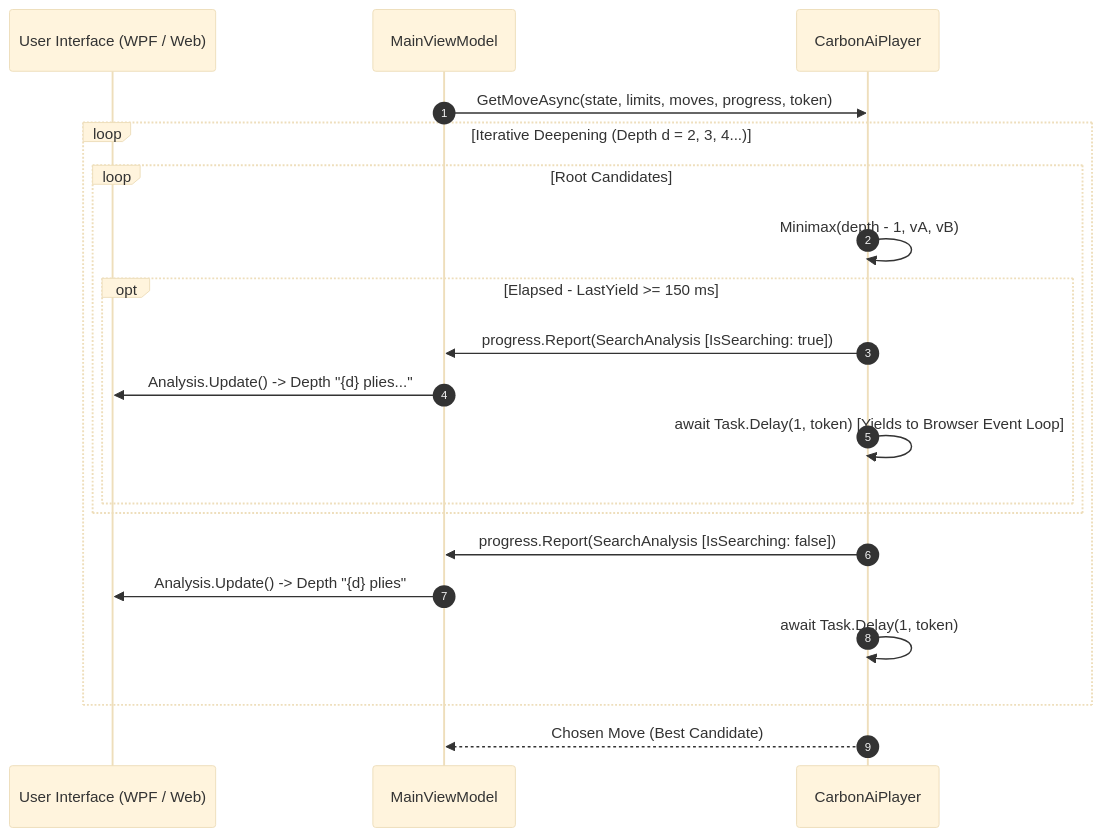
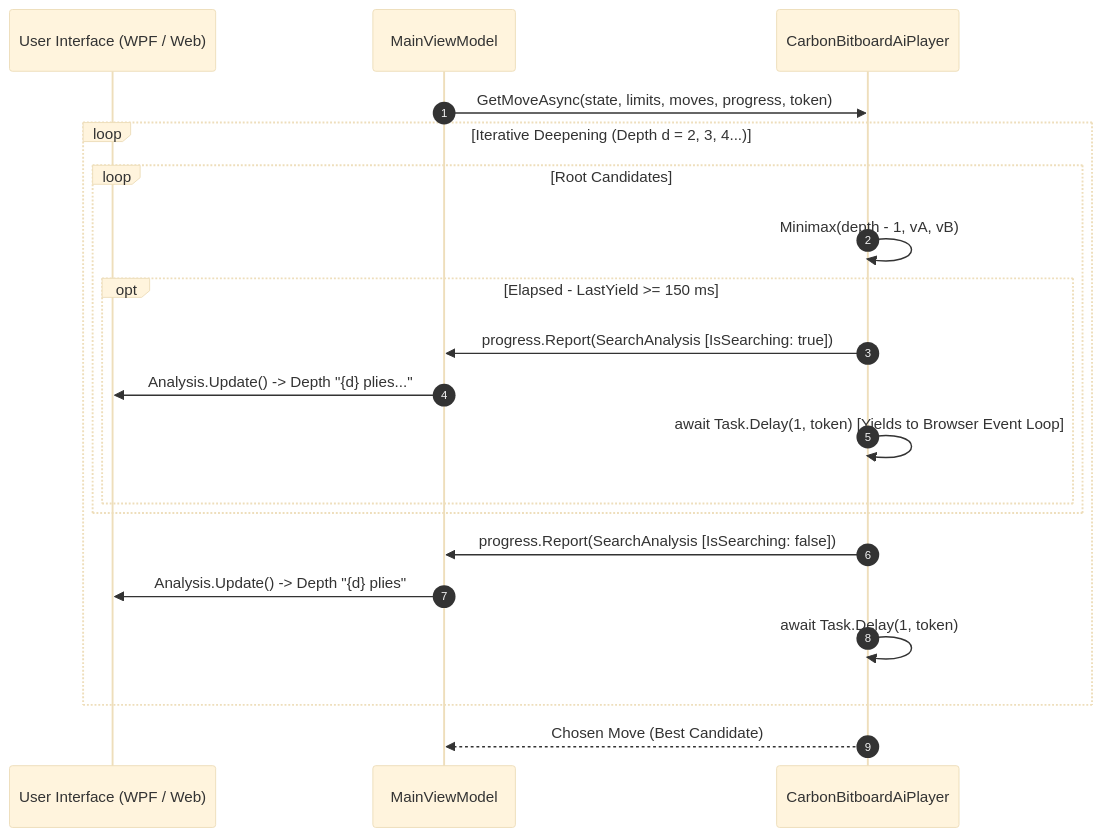
Before and after one commit to cjp-dev/Gomoku: the third of 3 diagrams in docs/brain/08-midgame-search.md, drawn with Mermaid (base theme). The commit also changed other lines of this file and 29 other files, not shown here.

````diff
--- a/docs/brain/08-midgame-search.md
+++ b/docs/brain/08-midgame-search.md
@@ -259,23 +259,23 @@
 ```mermaid
 sequenceDiagram
     autonumber
     participant UI as User Interface (WPF / Web)
     participant VM as MainViewModel
-    participant AI as CarbonAiPlayer
+    participant AI as CarbonBitboardAiPlayer
 
     VM->>AI: GetMoveAsync(state, limits, moves, progress, token)
     loop Iterative Deepening (Depth d = 2, 3, 4...)
         loop Root Candidates
             AI->>AI: Minimax(depth - 1, vA, vB)
             opt Elapsed - LastYield >= 150 ms
                 AI->>VM: progress.Report(SearchAnalysis [IsSearching: true])
                 VM->>UI: Analysis.Update() -> Depth "{d} plies..."
                 AI->>AI: await Task.Delay(1, token) [Yields to Browser Event Loop]
             end
         end
         AI->>VM: progress.Report(SearchAnalysis [IsSearching: false])
         VM->>UI: Analysis.Update() -> Depth "{d} plies"
         AI->>AI: await Task.Delay(1, token)
     end
     AI-->>VM: Chosen Move (Best Candidate)
 ```
````
